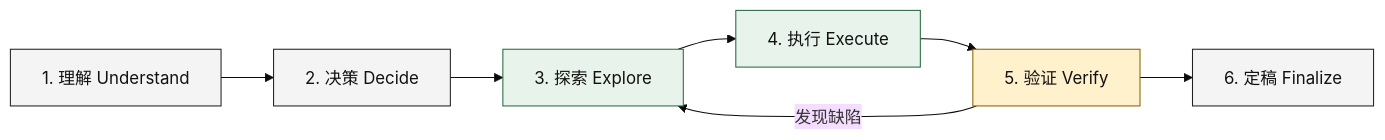
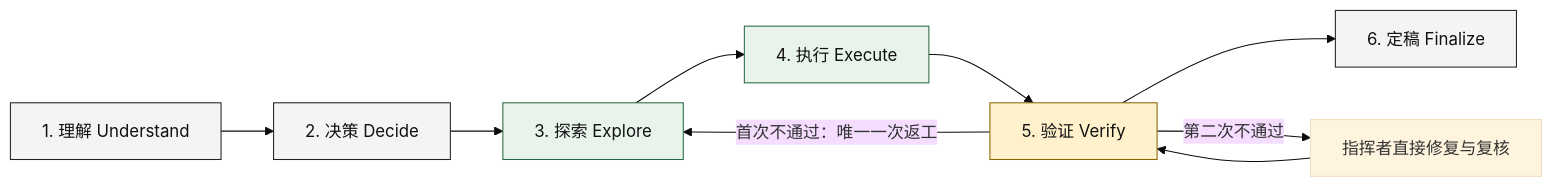
Before and after one commit to THEBLUEGHOSTSSSS/agent-orchestration-workflow: the diagram in README.md, drawn with Mermaid (base theme). The commit also changed other lines of this file and 28 other files, not shown here.

````diff
--- a/README.md
+++ b/README.md
@@ -69,16 +71,18 @@
 ```mermaid
 flowchart LR
     A[1. 理解 Understand] --> B[2. 决策 Decide]
     B --> C[3. 探索 Explore]
     C --> D[4. 执行 Execute]
     D --> E[5. 验证 Verify]
     E --> F[6. 定稿 Finalize]
-    E -->|发现缺陷| C
+    E -->|首次不通过：唯一一次返工| C
+    E -->|第二次不通过| T[指挥者直接修复与复核]
+    T --> E
 
     classDef commander fill:#f4f4f4,stroke:#222,color:#111;
     classDef worker fill:#e8f3ec,stroke:#286943,color:#111;
     classDef shared fill:#fff1cc,stroke:#8a6500,color:#111;
     class A,B,F commander;
     class C,D worker;
     class E shared;
 ```
````
